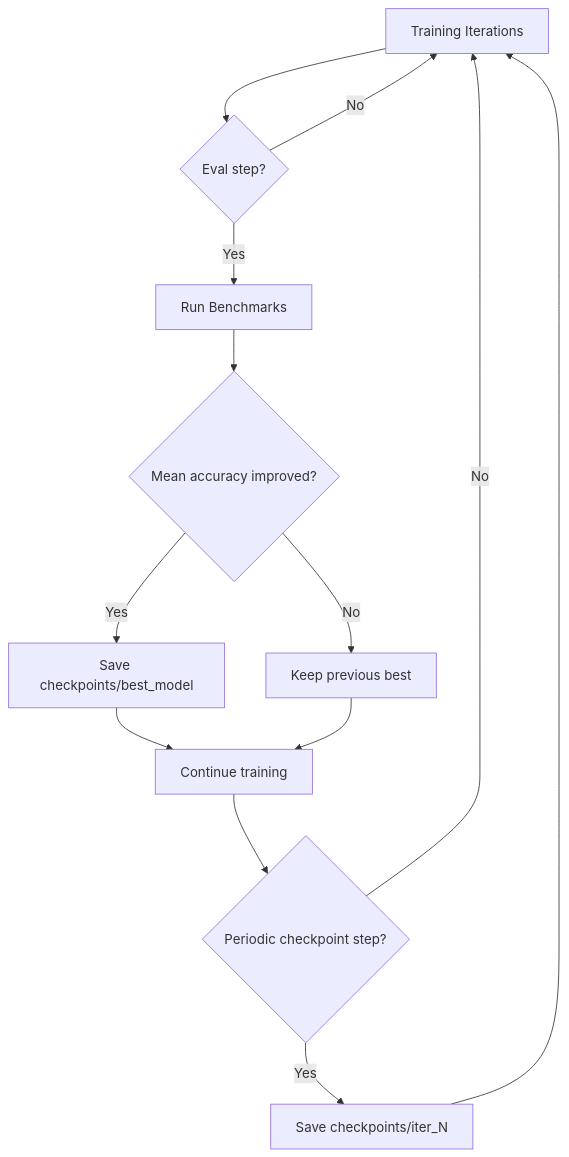
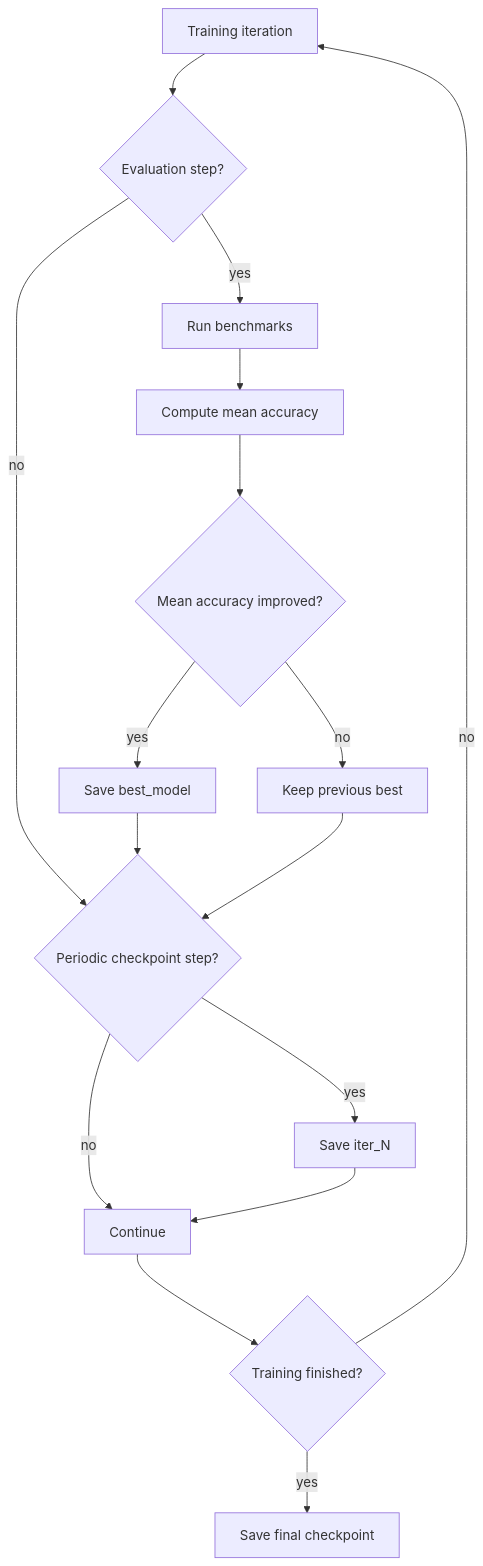
One commit to DeveshR011/RL-SAGE-Reinforcement-Learning-Self-Adaptive-Generation-Engine changed the eighth of 13 diagrams in README.md. Above: the diagram before and after it, drawn with Mermaid. The commit also changed other lines of this file, not shown here.

````diff
--- a/README.md
+++ b/README.md
@@ -110,15 +3143,18 @@
 ```mermaid
 flowchart TD
-	A[Training Iterations] --> B{Eval step?}
-	B -- No --> A
-	B -- Yes --> C[Run Benchmarks]
-	C --> D{Mean accuracy improved?}
-	D -- Yes --> E[Save checkpoints/best_model]
-	D -- No --> F[Keep previous best]
-	E --> G[Continue training]
-	F --> G
-	G --> H{Periodic checkpoint step?}
-	H -- Yes --> I[Save checkpoints/iter_N]
-	H -- No --> A
-	I --> A
+    A["Training iteration"] --> B{"Evaluation step?"}
+    B -->|no| C{"Periodic checkpoint step?"}
+    B -->|yes| D["Run benchmarks"]
+    D --> E["Compute mean accuracy"]
+    E --> F{"Mean accuracy improved?"}
+    F -->|yes| G["Save best_model"]
+    F -->|no| H["Keep previous best"]
+    G --> C
+    H --> C
+    C -->|yes| I["Save iter_N"]
+    C -->|no| J["Continue"]
+    I --> J
+    J --> K{"Training finished?"}
+    K -->|no| A
+    K -->|yes| L["Save final checkpoint"]
 ```
````
